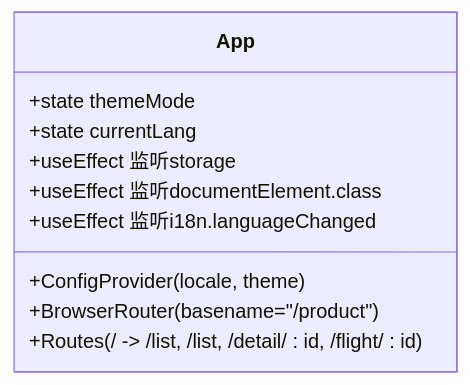
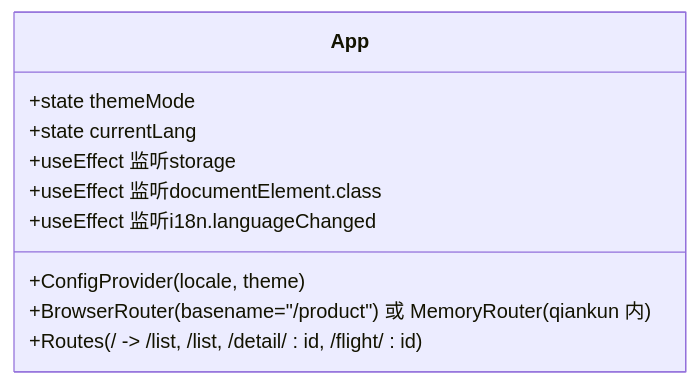
The fourth of 11 diagrams in .qoder/repowiki/zh/content/前端架构设计/商品子应用(product-app)/商品子应用(product-app).md (haohailiang/qoder-fullstack), drawn with Mermaid before and after one commit. The commit also changed other lines of this file and 33 other files, not shown here.

````diff
--- a/.qoder/repowiki/zh/content/前端架构设计/商品子应用(product-app)/商品子应用(product-app).md
+++ b/.qoder/repowiki/zh/content/前端架构设计/商品子应用(product-app)/商品子应用(product-app).md
@@ -242,13 +273,13 @@
 ```mermaid
 classDiagram
 class App {
 +state themeMode
 +state currentLang
 +useEffect 监听storage
 +useEffect 监听documentElement.class
 +useEffect 监听i18n.languageChanged
 +ConfigProvider(locale, theme)
-+BrowserRouter(basename="/product")
++BrowserRouter(basename="/product") 或 MemoryRouter(qiankun 内)
 +Routes(/ -> /list, /list, /detail/ : id, /flight/ : id)
 }
 ```
````
